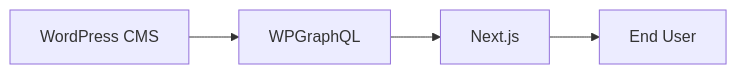
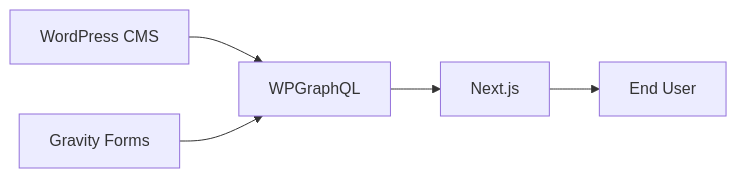
The diagram in docs/WORDPRESS.md (eugenioej/amerilife), drawn with Mermaid before and after one commit. The commit also changed other lines of this file and 78 other files, not shown here.

````diff
--- a/docs/WORDPRESS.md
+++ b/docs/WORDPRESS.md
@@ -9,6 +9,7 @@
 ```mermaid
 flowchart LR
     WP[WordPress CMS] --> GQL[WPGraphQL]
+    GF[Gravity Forms] --> GQL
     GQL --> Next[Next.js]
     Next --> User[End User]
 ```
````
